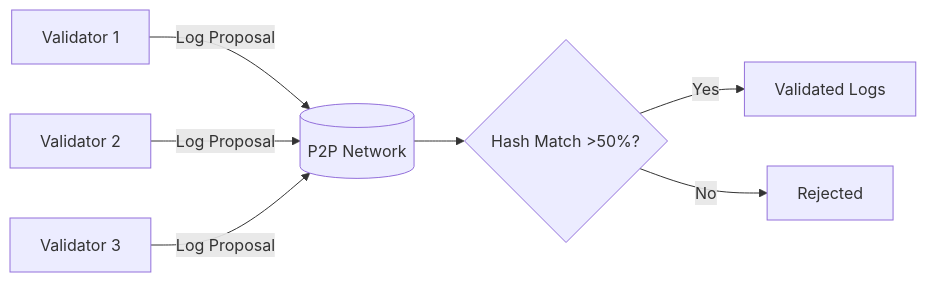
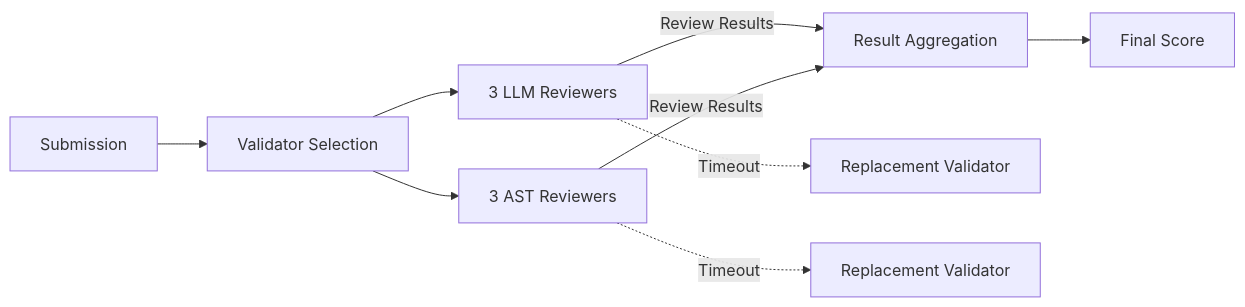
The fifth of 6 diagrams in README.md (PlatformNetwork/term-challenge-v2), drawn with Mermaid before and after one commit. The commit also changed other lines of this file and 208 other files, not shown here.

First line of the commit message:
feat: WASM-only architecture with sudo challenge management and P2P distribution

````diff
--- a/README.md
+++ b/README.md
@@ -146,9 +125,11 @@
 ```mermaid
 flowchart LR
-    V1[Validator 1] -->|Log Proposal| P2P[(P2P Network)]
-    V2[Validator 2] -->|Log Proposal| P2P
-    V3[Validator 3] -->|Log Proposal| P2P
-    P2P --> Consensus{Hash Match >50%?}
-    Consensus -->|Yes| Store[Validated Logs]
-    Consensus -->|No| Reject[Rejected]
+    Submit[Submission] --> Select[Validator Selection]
+    Select --> LLM[3 LLM Reviewers]
+    Select --> AST[3 AST Reviewers]
+    LLM --> |Review Results| Aggregate[Result Aggregation]
+    AST --> |Review Results| Aggregate
+    Aggregate --> Score[Final Score]
+    LLM -.-> |Timeout| Replace1[Replacement Validator]
+    AST -.-> |Timeout| Replace2[Replacement Validator]
 ```
````
